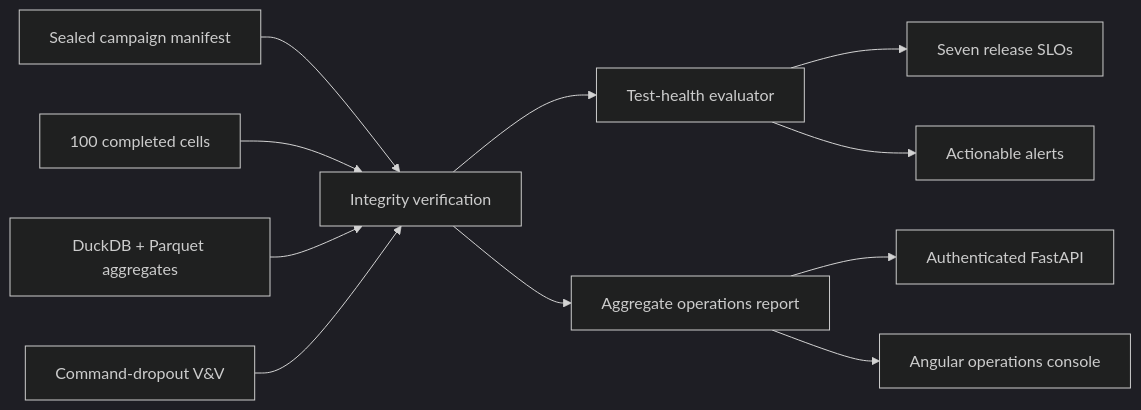
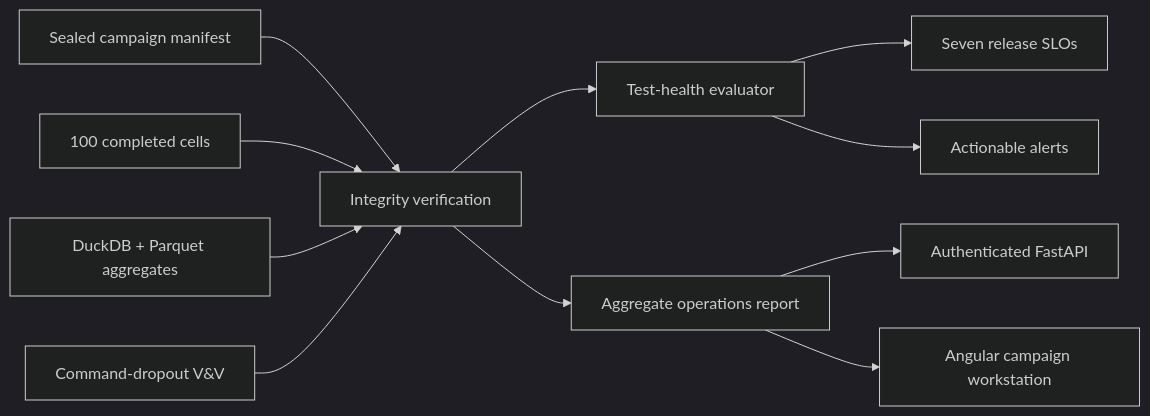
The diagram in docs/test-operations.md (ethanvillalovoz/planmargin), drawn with Mermaid (dark theme) before and after one commit. The commit also changed other lines of this file and 19 other files, not shown here.

````diff
--- a/docs/test-operations.md
+++ b/docs/test-operations.md
@@ -15,13 +15,13 @@
 ```mermaid
 flowchart LR
     M["Sealed campaign manifest"] --> V["Integrity verification"]
     C["100 completed cells"] --> V
     D["DuckDB + Parquet aggregates"] --> V
     F["Command-dropout V&V"] --> V
     V --> H["Test-health evaluator"]
     H --> S["Seven release SLOs"]
     H --> A["Actionable alerts"]
     V --> R["Aggregate operations report"]
     R --> API["Authenticated FastAPI"]
-    R --> UI["Angular operations console"]
+    R --> UI["Angular campaign workstation"]
 ```
````
